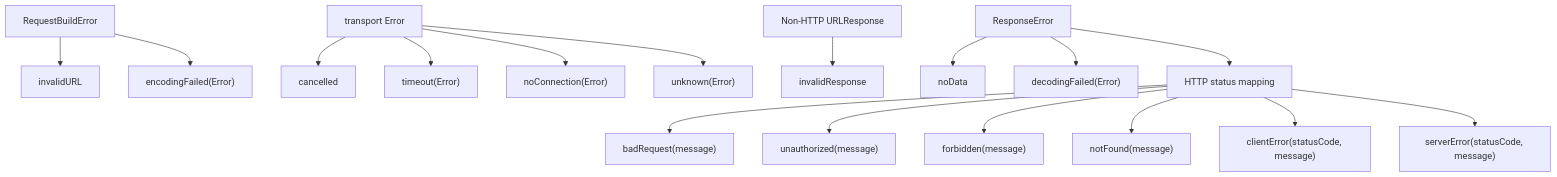
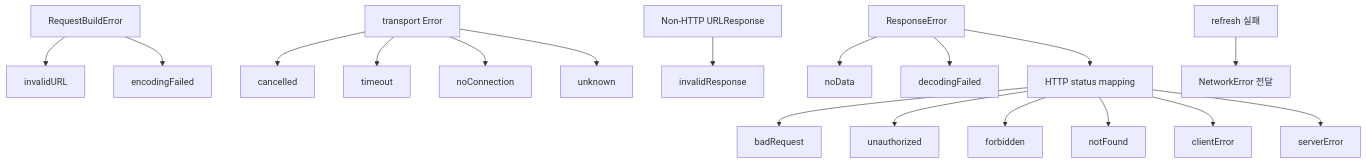
Before and after one commit to mediunn/Livith-iOS: the sixth of 8 diagrams in Projects/LivithNetworking/README.md, drawn with Mermaid. The commit also changed other lines of this file and 11 other files, not shown here.

First line of the commit message:
[Feat] LIVD-395 - 401 Unauthorized 대응을 위한 refresh 및 retry 흐름 구현

````diff
--- a/Projects/LivithNetworking/README.md
+++ b/Projects/LivithNetworking/README.md
@@ -187,36 +208,39 @@
 ```mermaid
 flowchart TD
     Build[RequestBuildError]
     Transport[transport Error]
     NonHTTP[Non-HTTP URLResponse]
     Response[ResponseError]
+    Refresh[refresh 실패]
 
     InvalidURL[invalidURL]
-    Encoding["encodingFailed(Error)"]
+    Encoding[encodingFailed]
     Cancelled[cancelled]
-    Timeout["timeout(Error)"]
-    Connection["noConnection(Error)"]
-    Unknown["unknown(Error)"]
+    Timeout[timeout]
+    Connection[noConnection]
+    Unknown[unknown]
     InvalidResponse[invalidResponse]
     NoData[noData]
-    Decoding["decodingFailed(Error)"]
+    Decoding[decodingFailed]
     HTTP[HTTP status mapping]
+    RefreshError[NetworkError 전달]
 
     Build --> InvalidURL
     Build --> Encoding
     Transport --> Cancelled
     Transport --> Timeout
     Transport --> Connection
     Transport --> Unknown
     NonHTTP --> InvalidResponse
     Response --> NoData
     Response --> Decoding
     Response --> HTTP
+    Refresh --> RefreshError
 
-    HTTP --> BadRequest["badRequest(message)"]
-    HTTP --> Unauthorized["unauthorized(message)"]
-    HTTP --> Forbidden["forbidden(message)"]
-    HTTP --> NotFound["notFound(message)"]
-    HTTP --> ClientError["clientError(statusCode, message)"]
-    HTTP --> ServerError["serverError(statusCode, message)"]
+    HTTP --> BadRequest[badRequest]
+    HTTP --> Unauthorized[unauthorized]
+    HTTP --> Forbidden[forbidden]
+    HTTP --> NotFound[notFound]
+    HTTP --> ClientError[clientError]
+    HTTP --> ServerError[serverError]
 ```
````
